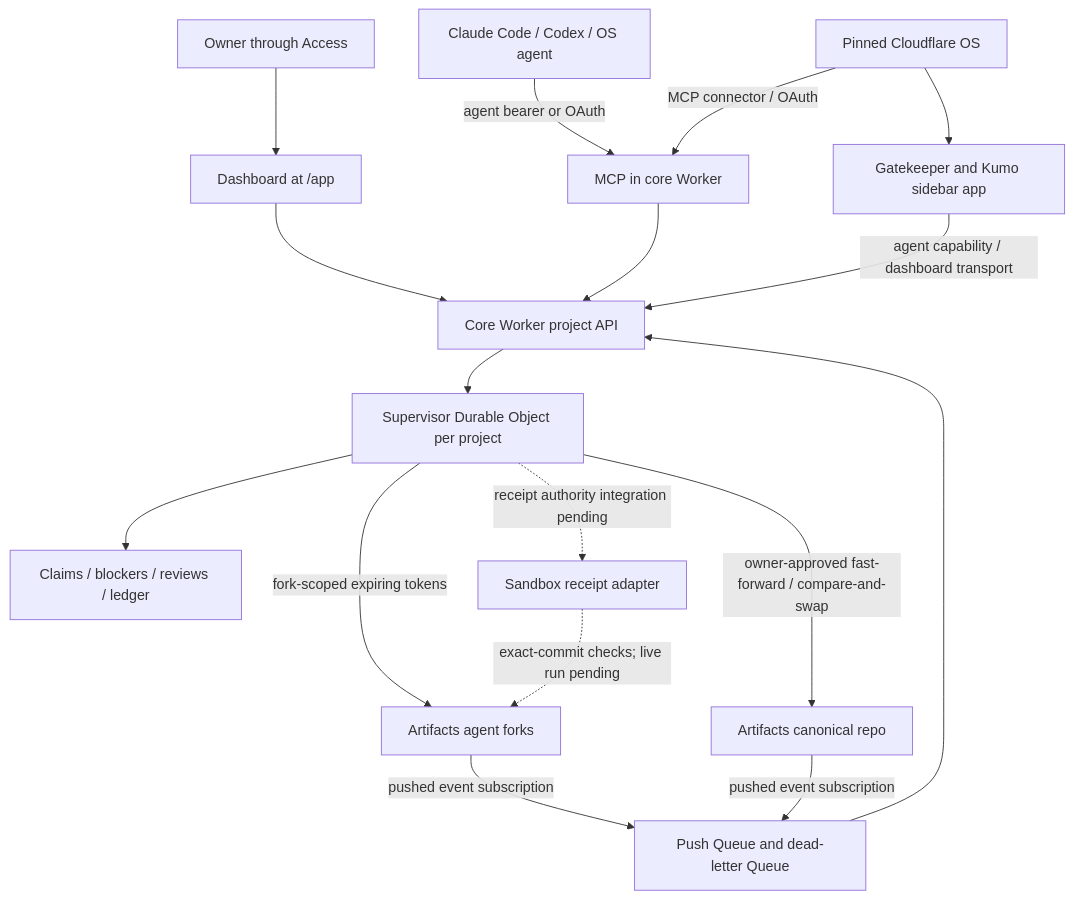
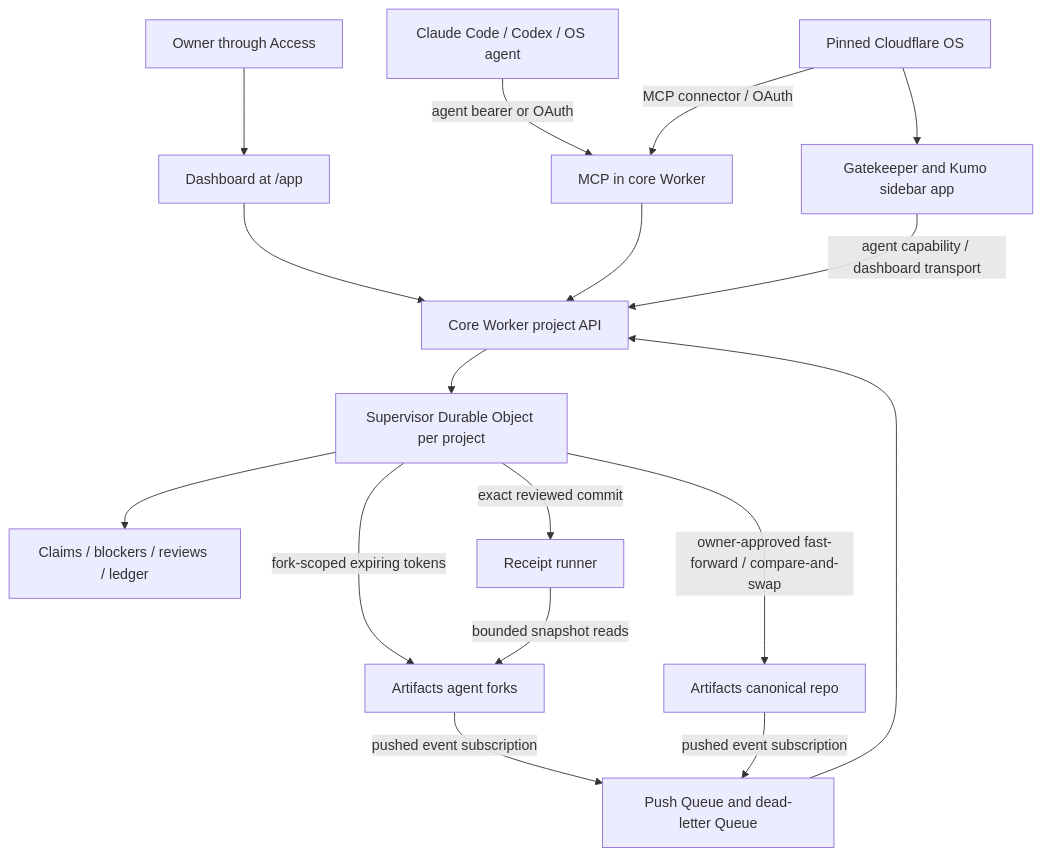
One commit to coleprice/fork-horse changed the diagram in README.md. Above: the diagram before and after it, drawn with Mermaid. The commit also changed other lines of this file and 2 other files, not shown here.

````diff
--- a/README.md
+++ b/README.md
@@ -85,19 +101,19 @@
 ```mermaid
 flowchart TD
   Agent[Claude Code / Codex / OS agent] -->|agent bearer or OAuth| MCP[MCP in core Worker]
   Owner[Owner through Access] --> UI[Dashboard at /app]
   UI --> Core[Core Worker project API]
   MCP --> Core
   Core --> DO[Supervisor Durable Object per project]
   DO -->|fork-scoped expiring tokens| Forks[Artifacts agent forks]
   DO -->|owner-approved fast-forward / compare-and-swap| Canonical[Artifacts canonical repo]
   Forks -->|pushed event subscription| Queue[Push Queue and dead-letter Queue]
   Canonical -->|pushed event subscription| Queue
   Queue --> Core
   DO --> Claims[Claims / blockers / reviews / ledger]
-  DO -. receipt authority integration pending .-> Runner[Sandbox receipt adapter]
-  Runner -. exact-commit checks; live run pending .-> Forks
+  DO -->|exact reviewed commit| Runner[Receipt runner]
+  Runner -->|bounded snapshot reads| Forks
   OS[Pinned Cloudflare OS] -->|MCP connector / OAuth| MCP
   OS --> Gatekeeper[Gatekeeper and Kumo sidebar app]
   Gatekeeper -->|agent capability / dashboard transport| Core
 ```
````
